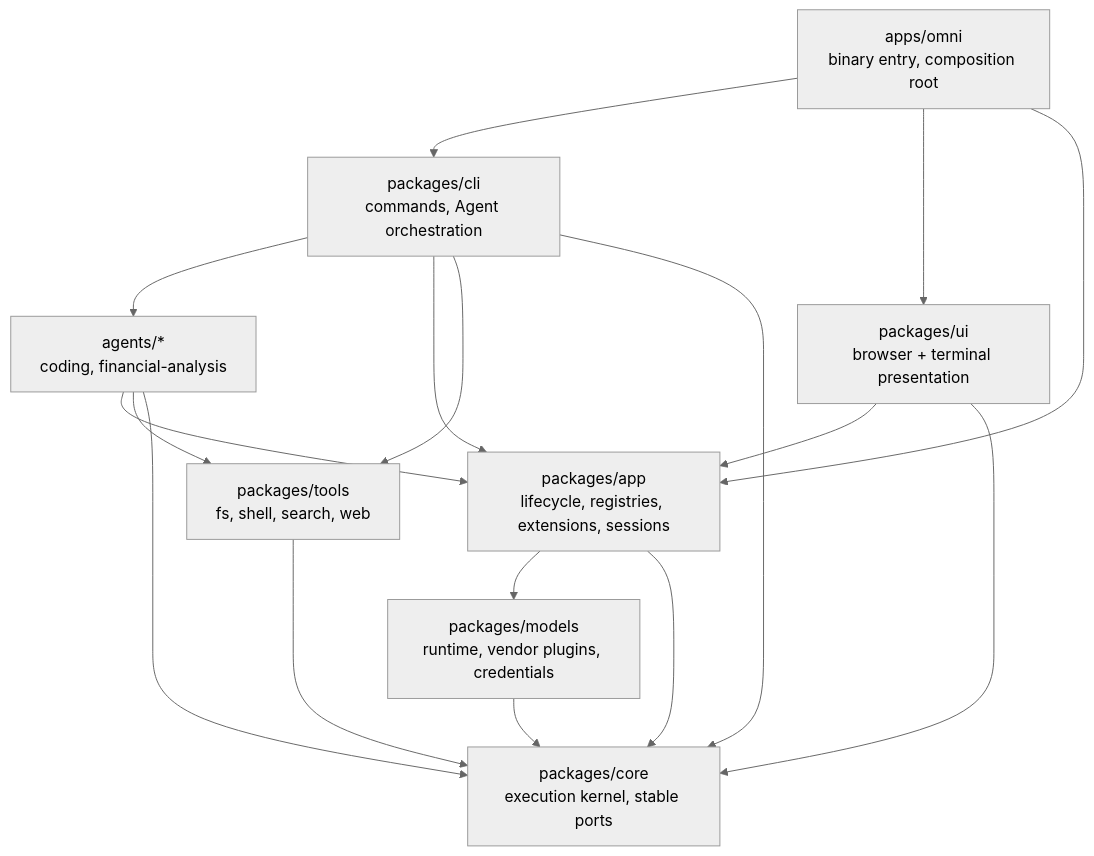
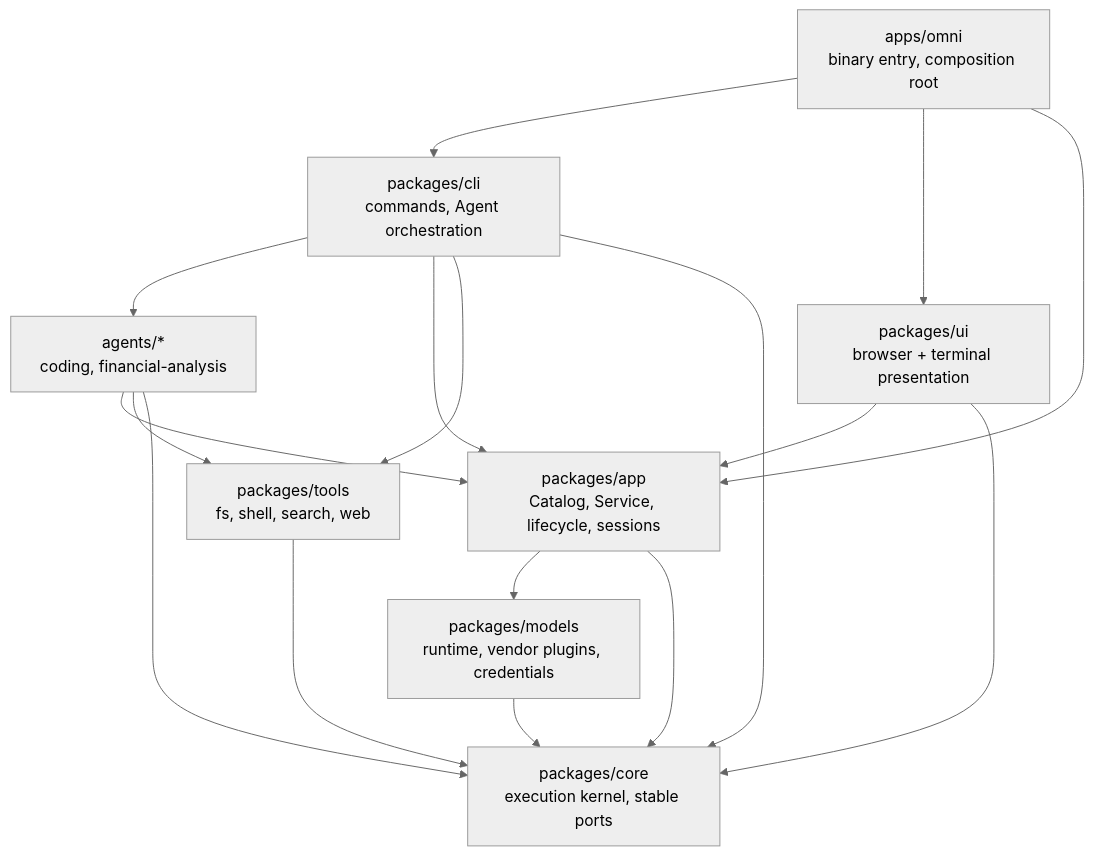
Before and after one commit to xdnloveme/omni-agent: the diagram in README.md, drawn with Mermaid (neutral theme). The commit also changed other lines of this file and 35 other files, not shown here.

Commit message:
feat(app): add reusable agent service host

````diff
--- a/README.md
+++ b/README.md
@@ -556,28 +559,28 @@
 ```mermaid
 graph TD
     HOST["apps/omni<br/>binary entry, composition root"]
     CLI["packages/cli<br/>commands, Agent orchestration"]
     AGENTS["agents/*<br/>coding, financial-analysis"]
-    APP["packages/app<br/>lifecycle, registries, extensions, sessions"]
+    APP["packages/app<br/>Catalog, Service, lifecycle, sessions"]
     MODELS["packages/models<br/>runtime, vendor plugins, credentials"]
     TOOLS["packages/tools<br/>fs, shell, search, web"]
     UI["packages/ui<br/>browser + terminal presentation"]
     CORE["packages/core<br/>execution kernel, stable ports"]
 
     HOST --> CLI
     HOST --> UI
     HOST --> APP
     CLI --> AGENTS
     CLI --> APP
     CLI --> TOOLS
     CLI --> CORE
     AGENTS --> APP
     AGENTS --> TOOLS
     UI --> APP
     UI --> CORE
     AGENTS --> CORE
     APP --> MODELS
     APP --> CORE
     MODELS --> CORE
     TOOLS --> CORE
 ```
````
